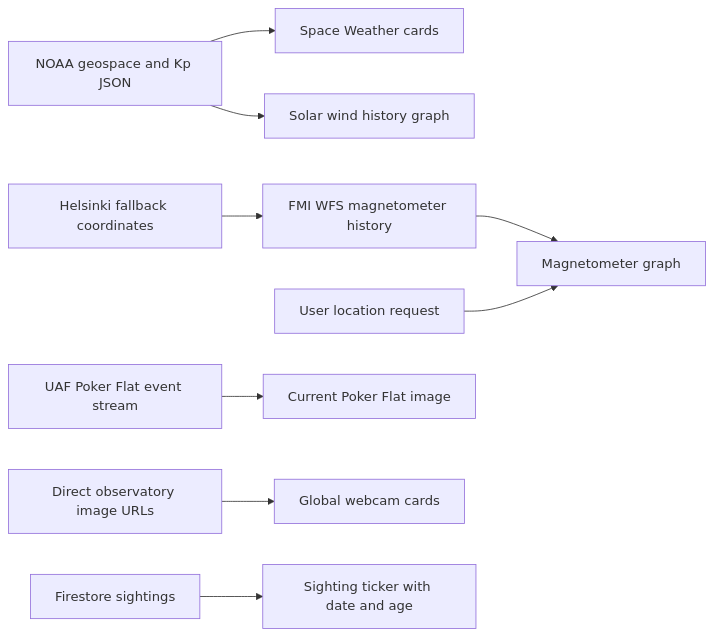
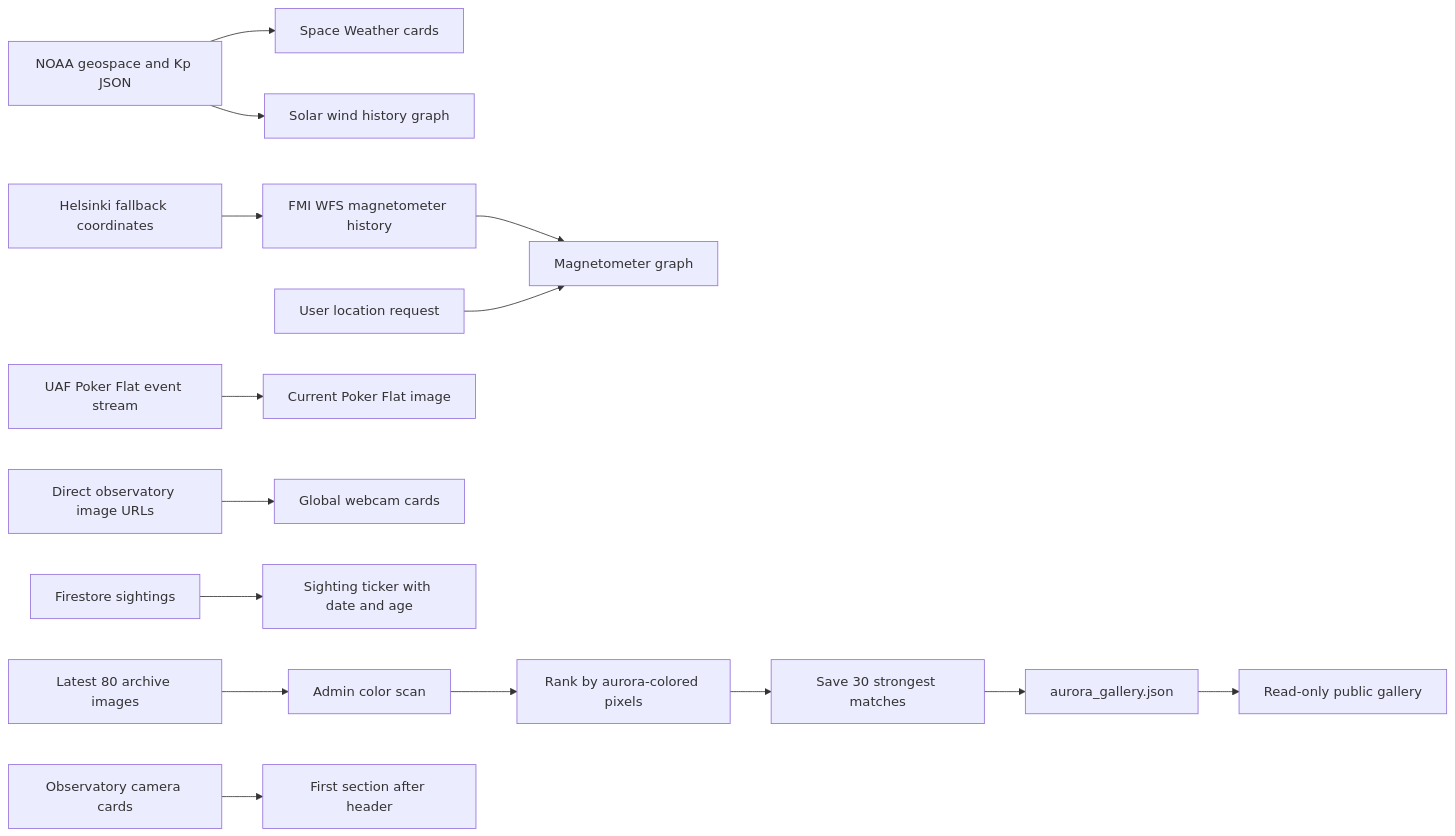
One commit to Krugou/aurorawatcher changed the diagram in docs/website-improvements-plan.md. Above: the diagram before and after it, drawn with Mermaid. The commit also changed other lines of this file, not shown here.

Commit message:
docs: update website improvements plan

````diff
--- a/docs/website-improvements-plan.md
+++ b/docs/website-improvements-plan.md
@@ -19,11 +21,17 @@
 ```mermaid
 flowchart LR
     NOAA[NOAA geospace and Kp JSON] --> SW[Space Weather cards]
     NOAA --> SG[Solar wind history graph]
     FMI[FMI WFS magnetometer history] --> MG[Magnetometer graph]
     HEL[Helsinki fallback coordinates] --> FMI
     GEO[User location request] --> MG
     UAF[UAF Poker Flat event stream] --> PKR[Current Poker Flat image]
     CAM[Direct observatory image URLs] --> WG[Global webcam cards]
     FS[Firestore sightings] --> SF[Sighting ticker with date and age]
+    HI[Latest 80 archive images] --> ADM[Admin color scan]
+    ADM --> SCORE[Rank by aurora-colored pixels]
+    SCORE --> TOP[Save 30 strongest matches]
+    TOP --> GJSON[aurora_gallery.json]
+    GJSON --> PUB[Read-only public gallery]
+    OBS[Observatory camera cards] --> CAMTOP[First section after header]
 ```
````
